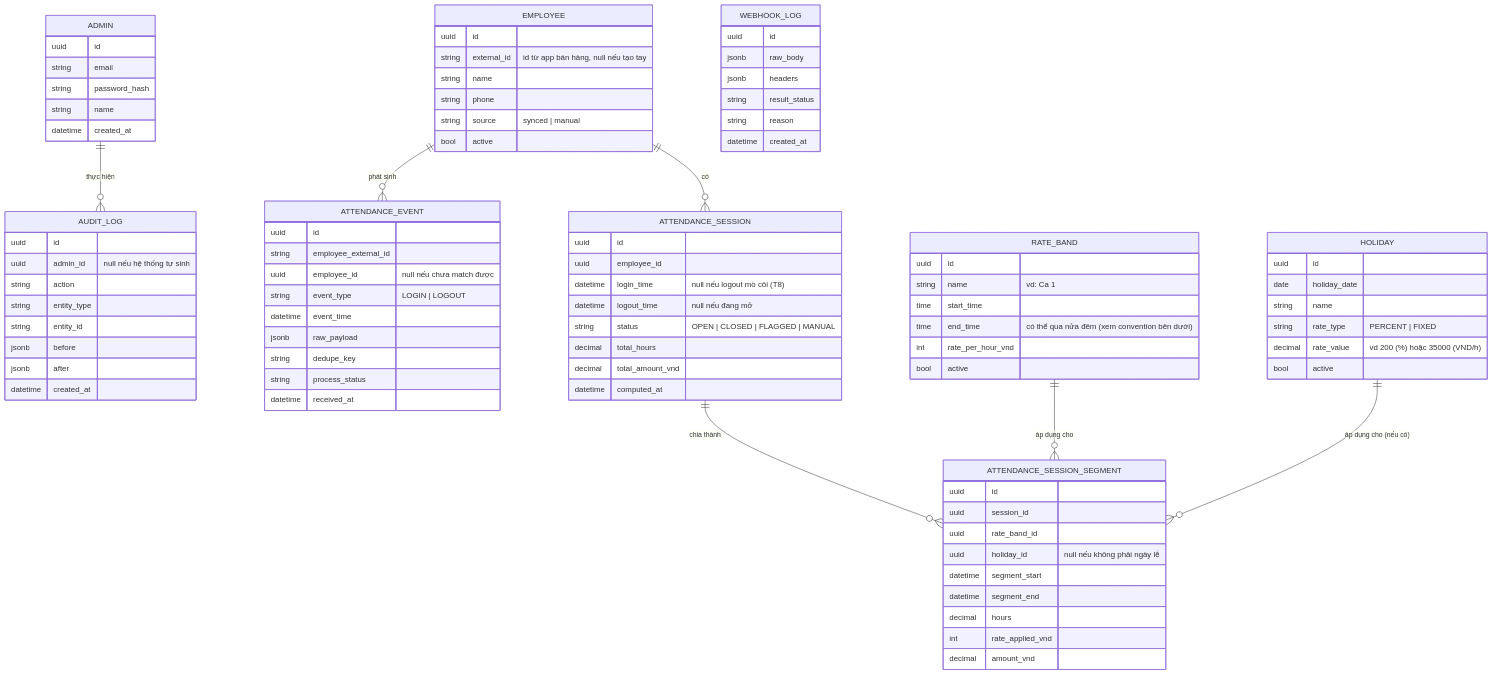
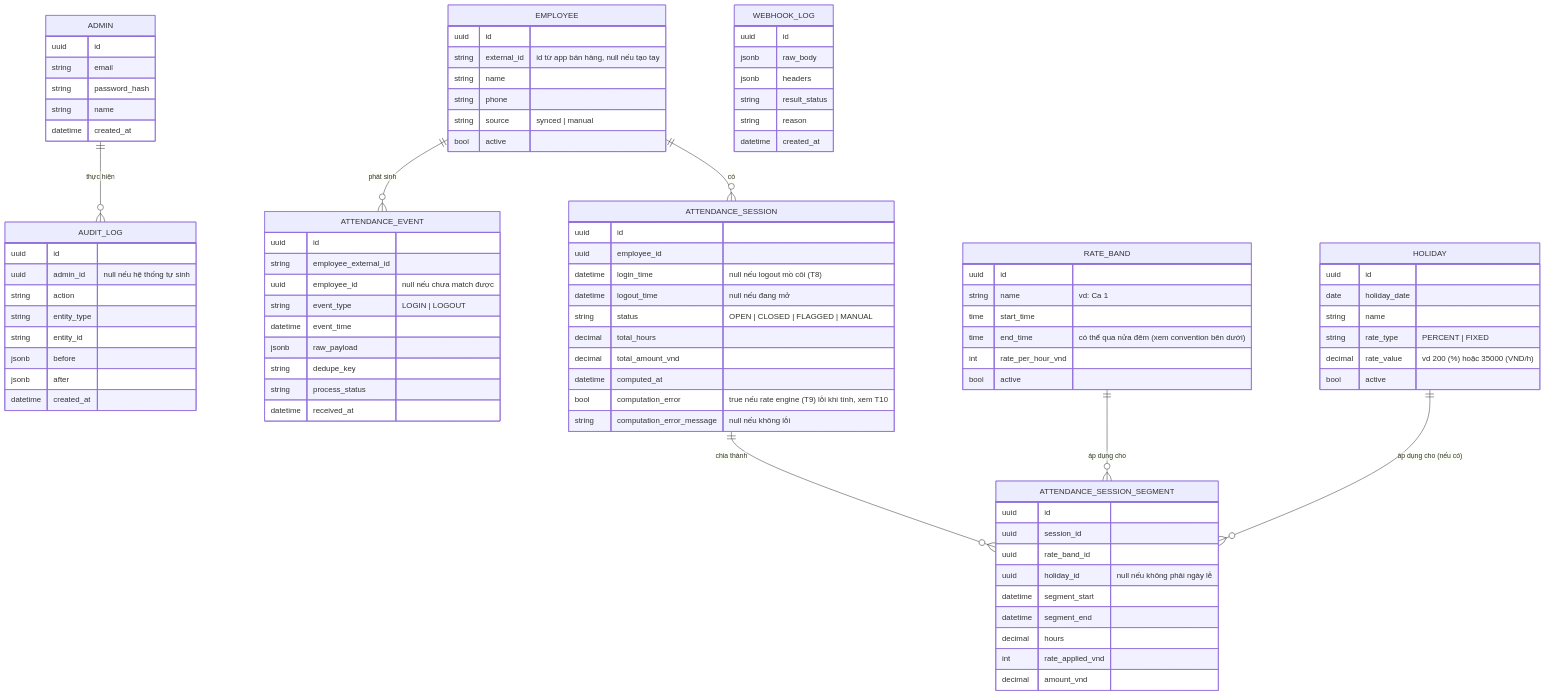
Before and after one commit to hblab-khoipv/chamcong: the diagram in docs/ERD.md, drawn with Mermaid. The commit also changed 15 other files, not shown here.

First line of the commit message:
feat(backend): add rate splitting engine, session recompute triggers, and manual correction (T9-T11) (#12)

```diff
--- a/docs/ERD.md
+++ b/docs/ERD.md
@@ -65,6 +65,8 @@
         decimal total_hours
         decimal total_amount_vnd
         datetime computed_at
+        bool computation_error "true nếu rate engine (T9) lỗi khi tính, xem T10"
+        string computation_error_message "null nếu không lỗi"
     }
     ATTENDANCE_SESSION_SEGMENT {
         uuid id
```
